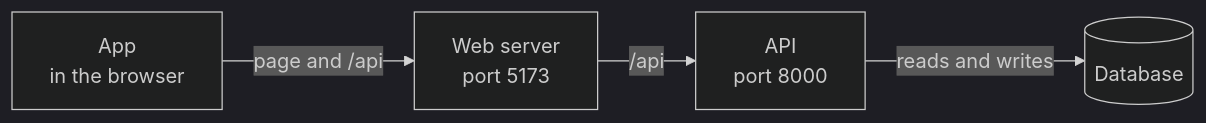
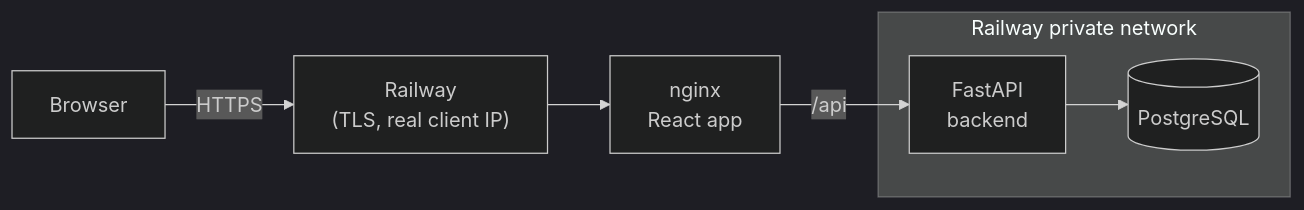
The diagram in README.en.md (Matus1232/car-fleet-), drawn with Mermaid (dark theme) before and after one commit. The commit also changed other lines of this file and 2 other files, not shown here.

````diff
--- a/README.en.md
+++ b/README.en.md
@@ -94,6 +21,12 @@
 ```mermaid
 flowchart LR
-    F["App<br>in the browser"] -- "page and /api" --> W["Web server<br>port 5173"]
-    W -- "/api" --> A["API<br>port 8000"]
-    A -- "reads and writes" --> D[("Database")]
+    U["Browser"] -- "HTTPS" --> R["Railway<br>(TLS, real client IP)"]
+    R --> N["nginx<br>React app"]
+    N -- "/api" --> A["FastAPI<br>backend"]
+    A --> D[("PostgreSQL")]
+
+    subgraph S["Railway private network"]
+        A
+        D
+    end
 ```
````
